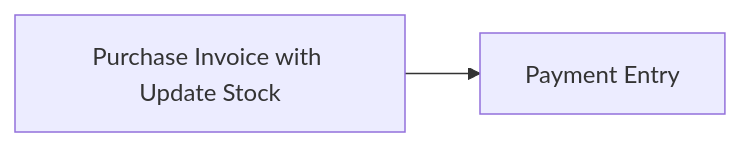
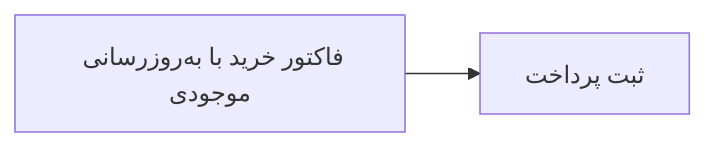
The third of 5 diagrams in content/fa/erpnext/buying.md (shahinesi/frappe_docs-persian), drawn with Mermaid before and after one commit. The commit also changed other lines of this file and 7 other files, not shown here.

Commit message:
Localize ERPNext purchasing workflow diagrams

````diff
--- a/content/fa/erpnext/buying.md
+++ b/content/fa/erpnext/buying.md
@@ -58,4 +58,4 @@
 ```mermaid
 flowchart LR
-    PI[Purchase Invoice with Update Stock] --> PE[Payment Entry]
+    PI[فاکتور خرید با به‌روزرسانی موجودی] --> PE[ثبت پرداخت]
 ```
````
